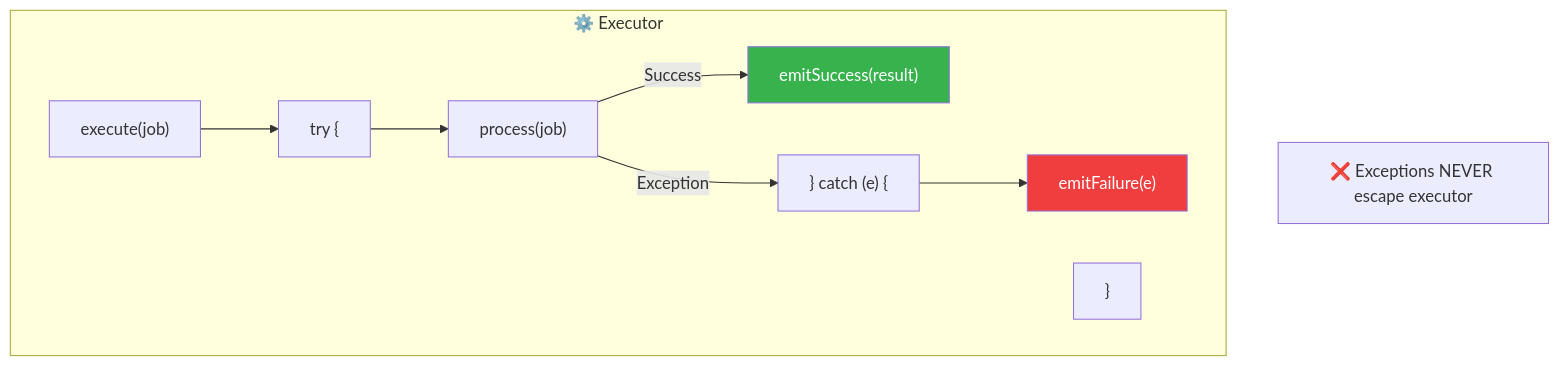
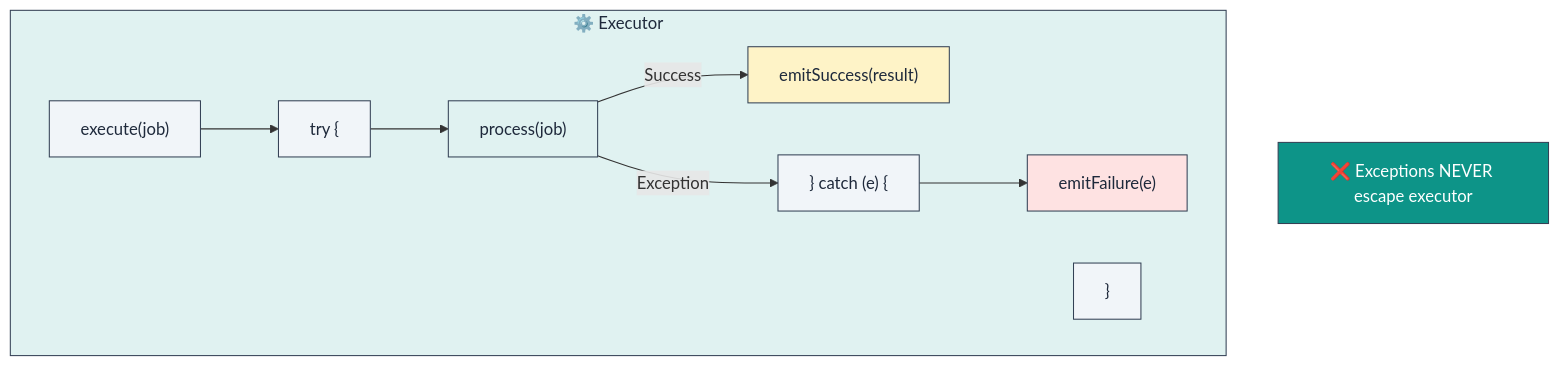
One commit to lploc94/flutter_orchestrator changed the tenth of 11 diagrams in book/chapters/04_integration.md. Above: the diagram before and after it, drawn with Mermaid. The commit also changed other lines of this file and 3 other files, not shown here.

````diff
--- a/book/chapters/04_integration.md
+++ b/book/chapters/04_integration.md
@@ -248,22 +288,29 @@
 ```mermaid
 flowchart TD
     subgraph Executor["⚙️ Executor"]
         Start["execute(job)"]
         Try["try {"]
         Process["process(job)"]
         TryCatch["} catch (e) {"]
         EmitFail["emitFailure(e)"]
         End["}"]
         
         Start --> Try
         Try --> Process
         Process -->|"Success"| EmitSuccess["emitSuccess(result)"]
         Process -->|"Exception"| TryCatch
         TryCatch --> EmitFail
     end
     
     Note["❌ Exceptions NEVER escape executor"]
     
-    style EmitSuccess fill:#37b24d,color:#fff
-    style EmitFail fill:#f03e3e,color:#fff
+    style Executor fill:#e0f2f1,stroke:#334155,color:#1e293b
+    style Start fill:#f1f5f9,stroke:#334155,color:#1e293b
+    style Try fill:#f1f5f9,stroke:#334155,color:#1e293b
+    style Process fill:#e0f2f1,stroke:#334155,color:#1e293b
+    style TryCatch fill:#f1f5f9,stroke:#334155,color:#1e293b
+    style End fill:#f1f5f9,stroke:#334155,color:#1e293b
+    style EmitSuccess fill:#fef3c7,stroke:#334155,color:#1e293b
+    style EmitFail fill:#fee2e2,stroke:#334155,color:#1e293b
+    style Note fill:#0d9488,stroke:#334155,color:#ffffff
 ```
````
